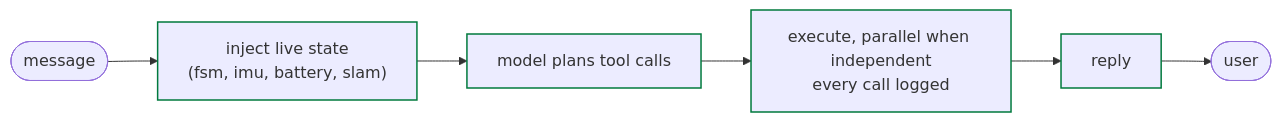
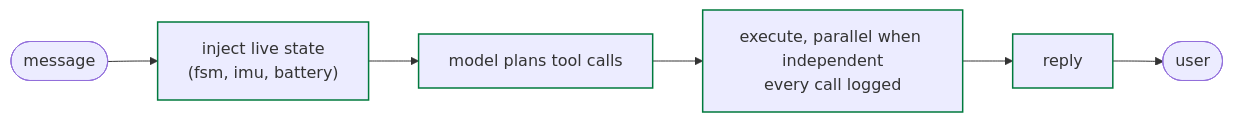
One commit to cagataycali/neon-the-g1 changed the first of 3 diagrams in docs/guide/architecture.md. Above: the diagram before and after it, drawn with Mermaid. The commit also changed other lines of this file and 43 other files, not shown here.

First line of the commit message:
tools: retire kimodo, posture, SLAM and safe-posture; FSM control stays reachable through use_unitree

````diff
--- a/docs/guide/architecture.md
+++ b/docs/guide/architecture.md
@@ -27,10 +27,10 @@
 ```mermaid
 flowchart LR
-  M(["message"]) --> I["inject live state<br/>(fsm, imu, battery, slam)"]
+  M(["message"]) --> I["inject live state<br/>(fsm, imu, battery)"]
   I --> P["model plans tool calls"]
   P --> T["execute, parallel when independent<br/>every call logged"]
   T --> R["reply"]
   R --> U(["user"])
   classDef a stroke:#007a3d,stroke-width:1.5px
   class I,P,T,R a
 ```
````
